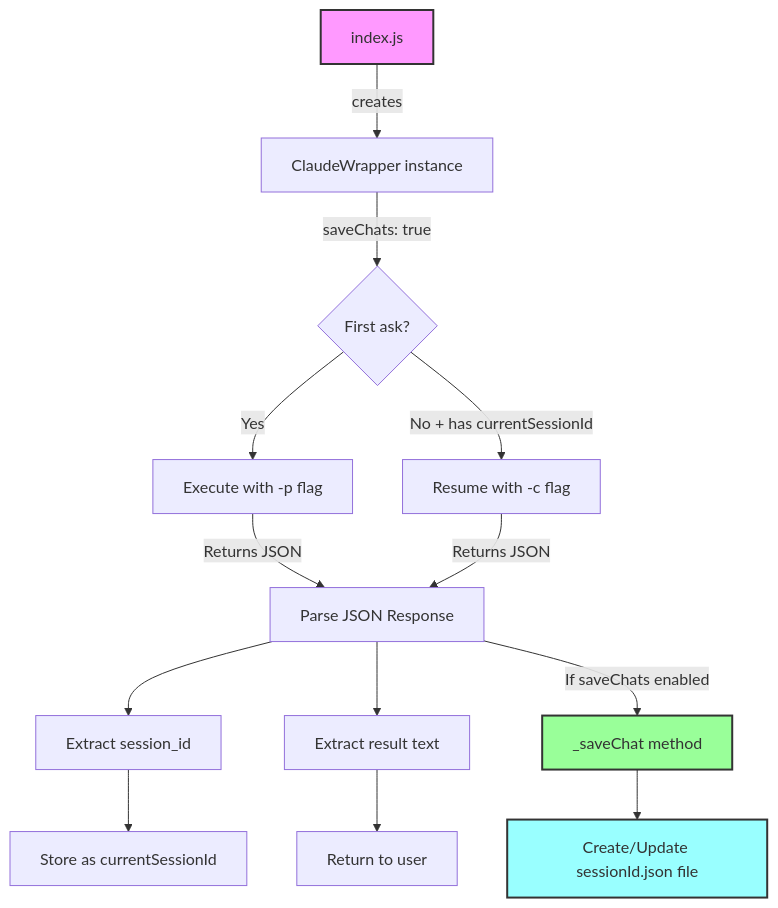
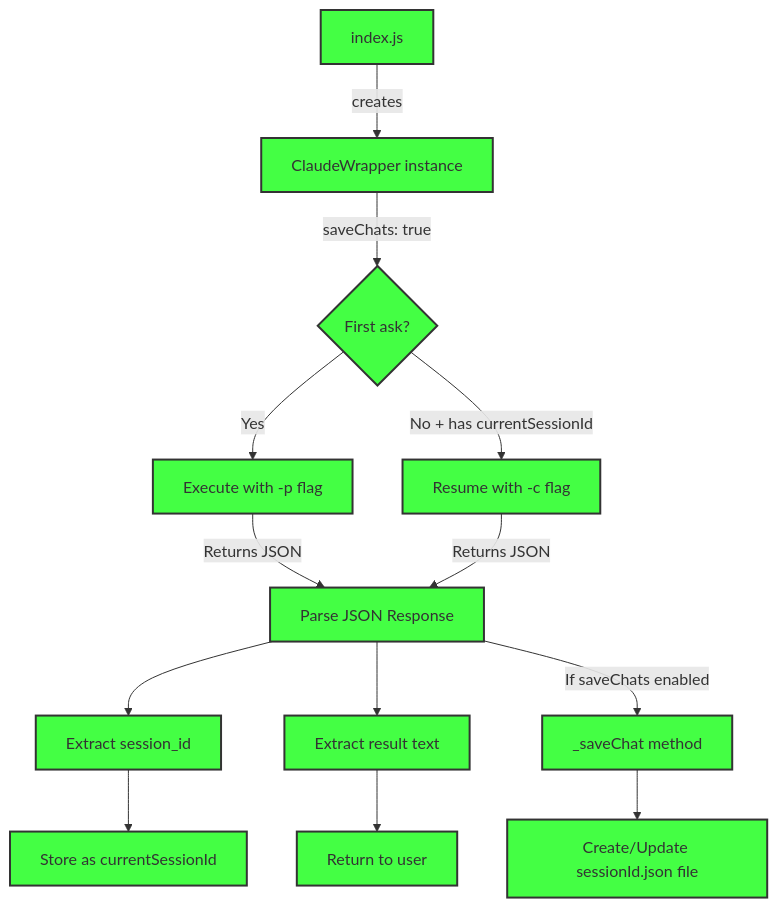
Before and after one commit to VadimSchmitz/claude-code: the first of 4 diagrams in index.md, drawn with Mermaid. The commit also changed other lines of this file and 8 other files, not shown here.

````diff
--- a/index.md
+++ b/index.md
@@ -8,24 +8,34 @@
 ```mermaid
 flowchart TD
     A[index.js] -->|creates| B[ClaudeWrapper instance]
     B -->|saveChats: true| C{First ask?}
     
     C -->|Yes| D[Execute with -p flag]
     C -->|No + has currentSessionId| E[Resume with -c flag]
     
     D -->|Returns JSON| F[Parse JSON Response]
     E -->|Returns JSON| F
     
     F --> G[Extract session_id]
     F --> H[Extract result text]
     
     G --> I[Store as currentSessionId]
     H --> J[Return to user]
     
     F -->|If saveChats enabled| K[_saveChat method]
     K --> L[Create/Update sessionId.json file]
     
-    style A fill:#f9f,stroke:#333,stroke-width:2px
-    style K fill:#9f9,stroke:#333,stroke-width:2px
-    style L fill:#9ff,stroke:#333,stroke-width:2px
+    %% Green = Tested together and verified
+    style A fill:#4f4,stroke:#333,stroke-width:2px
+    style B fill:#4f4,stroke:#333,stroke-width:2px
+    style C fill:#4f4,stroke:#333,stroke-width:2px
+    style D fill:#4f4,stroke:#333,stroke-width:2px
+    style E fill:#4f4,stroke:#333,stroke-width:2px
+    style F fill:#4f4,stroke:#333,stroke-width:2px
+    style G fill:#4f4,stroke:#333,stroke-width:2px
+    style H fill:#4f4,stroke:#333,stroke-width:2px
+    style I fill:#4f4,stroke:#333,stroke-width:2px
+    style J fill:#4f4,stroke:#333,stroke-width:2px
+    style K fill:#4f4,stroke:#333,stroke-width:2px
+    style L fill:#4f4,stroke:#333,stroke-width:2px
 ```
````
